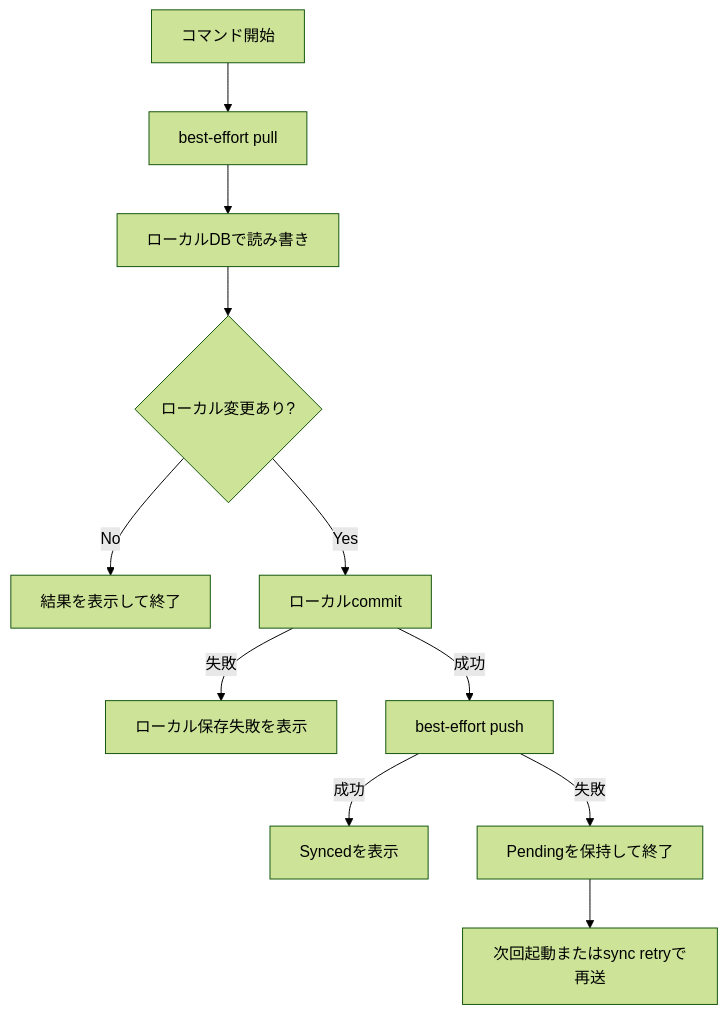
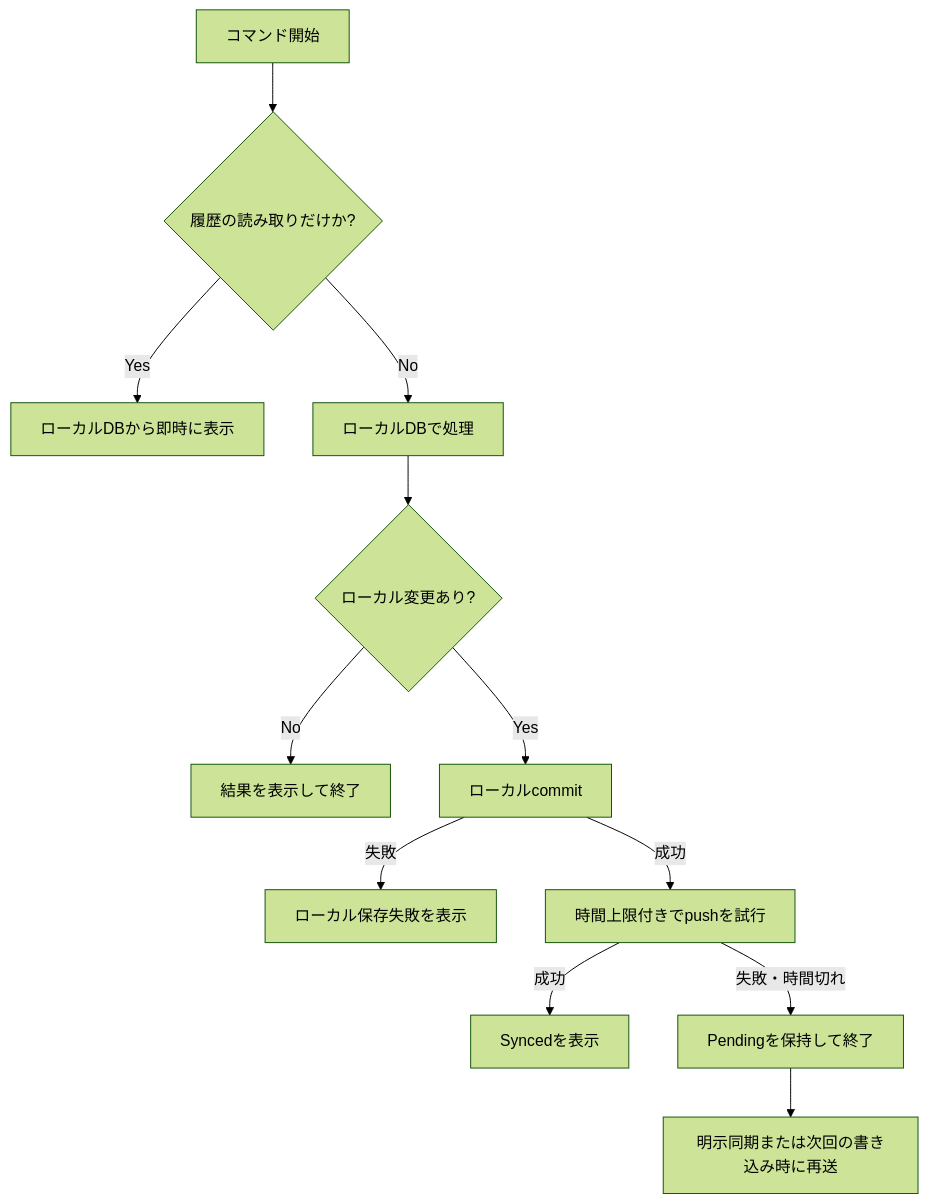
Before and after one commit to mgmaru/algo-loom: the seventh of 11 diagrams in database/local-and-cloud-sync-design.md, drawn with Mermaid (forest theme). The commit also changed other lines of this file, not shown here.

````diff
--- a/database/local-and-cloud-sync-design.md
+++ b/database/local-and-cloud-sync-design.md
@@ -421,13 +438,14 @@
 ```mermaid
 flowchart TD
-    A[コマンド開始] --> B[best-effort pull]
-    B --> C[ローカルDBで読み書き]
-    C --> D{ローカル変更あり?}
-    D -->|No| E[結果を表示して終了]
-    D -->|Yes| F[ローカルcommit]
-    F -->|失敗| G[ローカル保存失敗を表示]
-    F -->|成功| H[best-effort push]
-    H -->|成功| I[Syncedを表示]
-    H -->|失敗| J[Pendingを保持して終了]
-    J --> K[次回起動またはsync retryで再送]
+    A[コマンド開始] --> B{履歴の読み取りだけか?}
+    B -->|Yes| C[ローカルDBから即時に表示]
+    B -->|No| D[ローカルDBで処理]
+    D --> E{ローカル変更あり?}
+    E -->|No| F[結果を表示して終了]
+    E -->|Yes| G[ローカルcommit]
+    G -->|失敗| H[ローカル保存失敗を表示]
+    G -->|成功| I[時間上限付きでpushを試行]
+    I -->|成功| J[Syncedを表示]
+    I -->|失敗・時間切れ| K[Pendingを保持して終了]
+    K --> L[明示同期または次回の書き込み時に再送]
 ```
````
